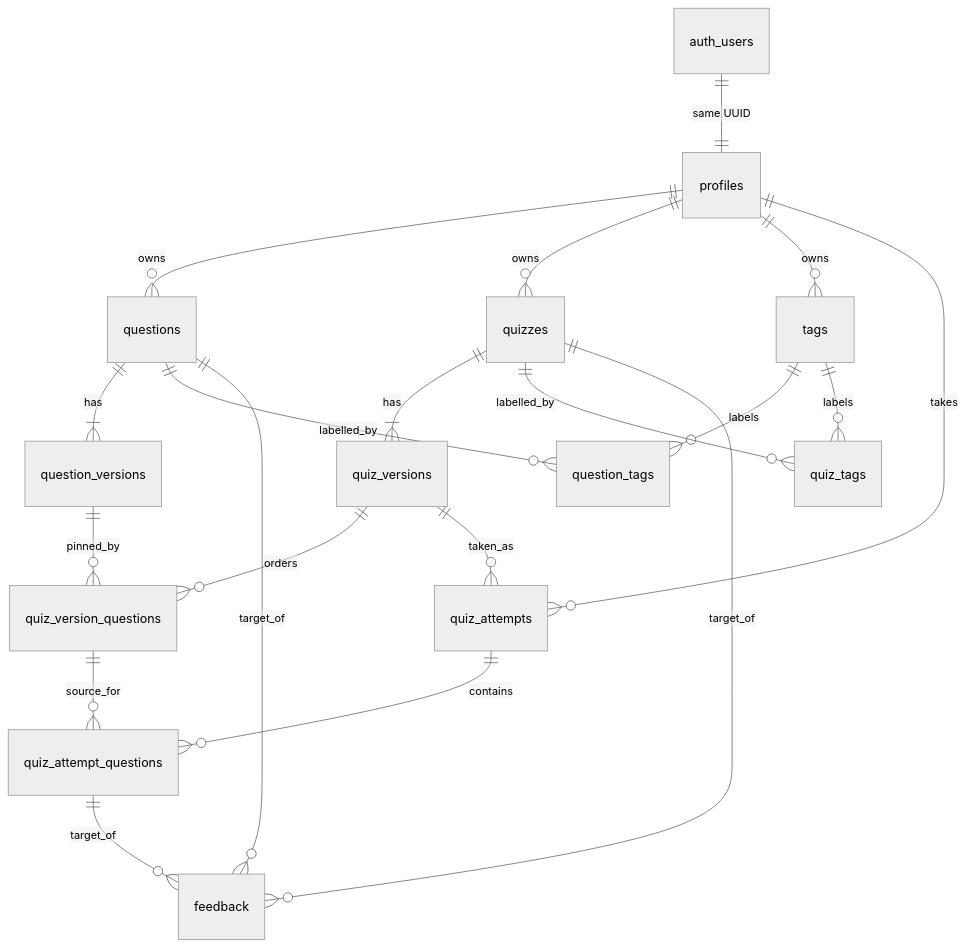
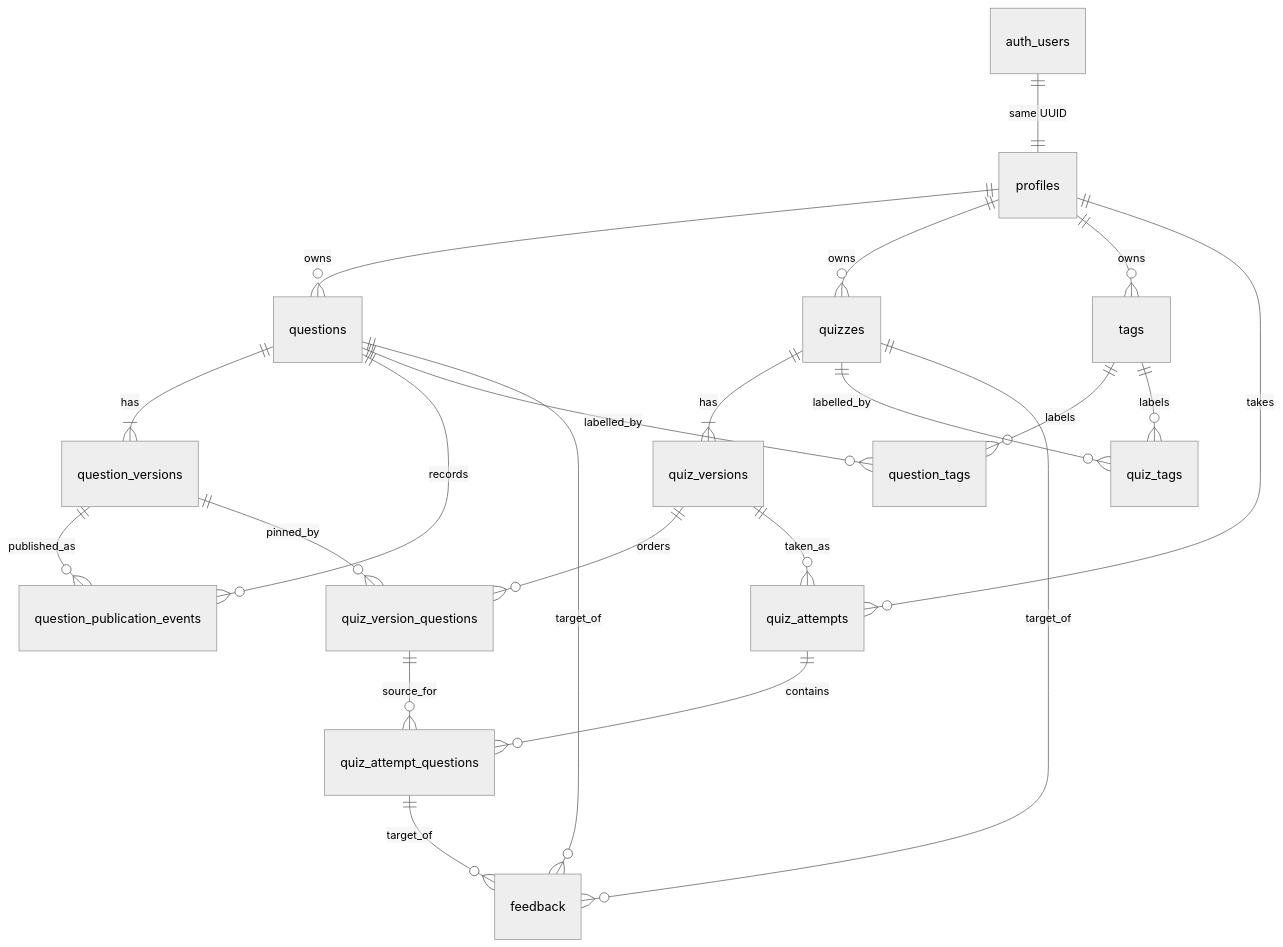
Before and after one commit to crennie/quiz-builder: the diagram in docs/architecture/static/data.md, drawn with Mermaid (neutral theme). The commit also changed other lines of this file and 33 other files, not shown here.

Commit message:
Implement question publication boundary

````diff
--- a/docs/architecture/static/data.md
+++ b/docs/architecture/static/data.md
@@ -5,22 +5,24 @@
 ```mermaid
 erDiagram
     auth_users ||--|| profiles : "same UUID"
     profiles ||--o{ questions : owns
     profiles ||--o{ quizzes : owns
     profiles ||--o{ tags : owns
     profiles ||--o{ quiz_attempts : takes
     questions ||--|{ question_versions : has
+    questions ||--o{ question_publication_events : records
+    question_versions ||--o{ question_publication_events : published_as
     quizzes ||--|{ quiz_versions : has
     quiz_versions ||--o{ quiz_version_questions : orders
     question_versions ||--o{ quiz_version_questions : pinned_by
     quiz_versions ||--o{ quiz_attempts : taken_as
     quiz_attempts ||--o{ quiz_attempt_questions : contains
     quiz_version_questions ||--o{ quiz_attempt_questions : source_for
     questions ||--o{ question_tags : labelled_by
     tags ||--o{ question_tags : labels
     quizzes ||--o{ quiz_tags : labelled_by
     tags ||--o{ quiz_tags : labels
     questions ||--o{ feedback : target_of
     quizzes ||--o{ feedback : target_of
     quiz_attempt_questions ||--o{ feedback : target_of
 ```
````
